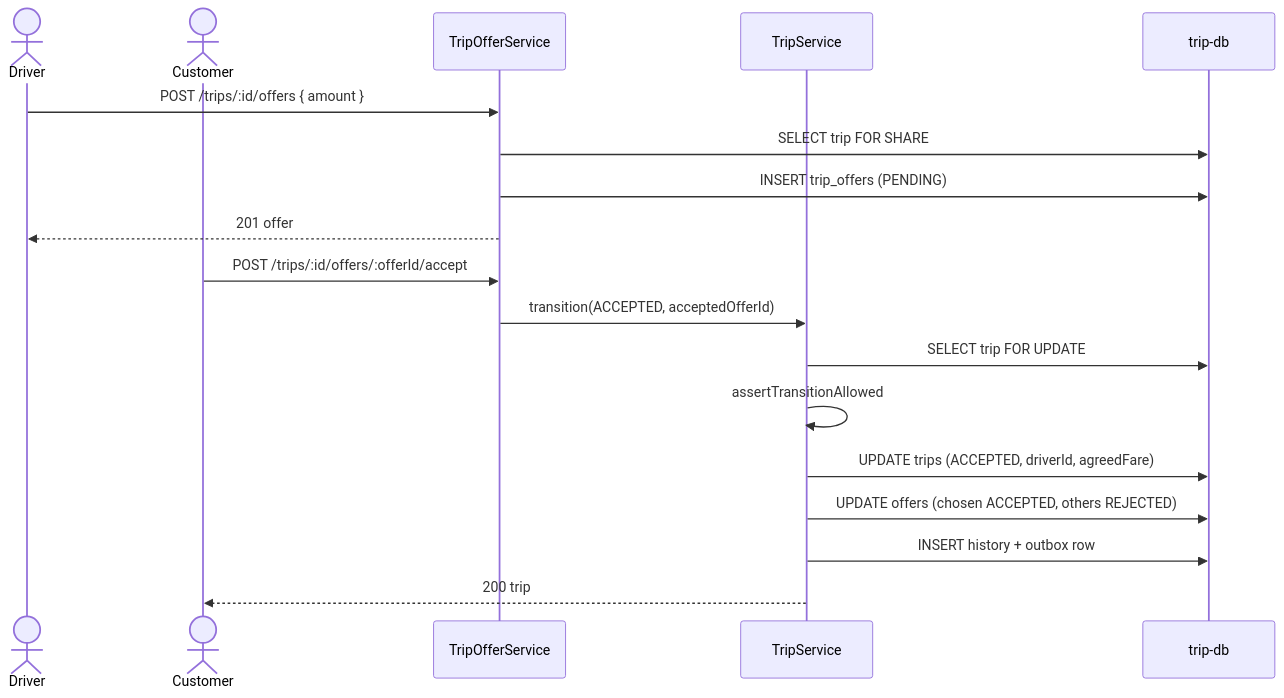
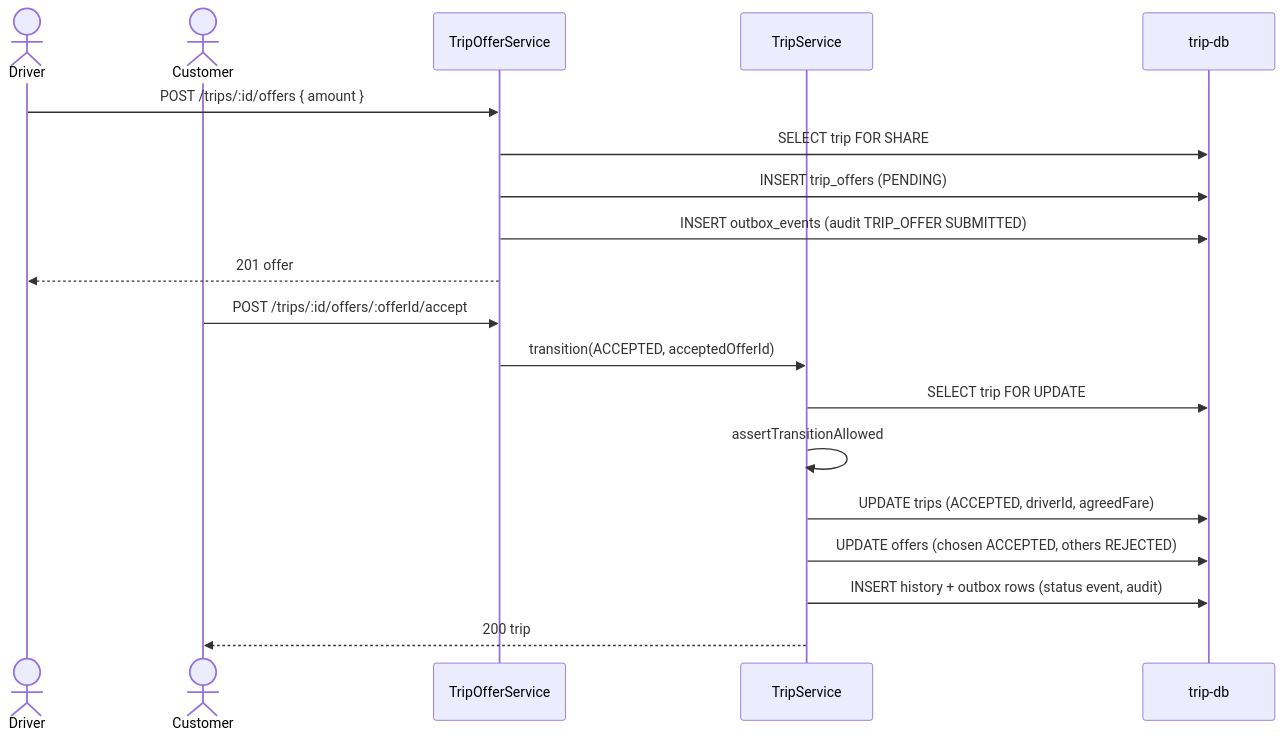
The sixth of 9 diagrams in docs/services/trip-service.md (Mohammed-Taysser/masr3), drawn with Mermaid before and after one commit. The commit also changed other lines of this file and 114 other files, not shown here.

````diff
--- a/docs/services/trip-service.md
+++ b/docs/services/trip-service.md
@@ -162,20 +165,21 @@
 ```mermaid
 sequenceDiagram
   actor D as Driver
   actor C as Customer
   participant O as TripOfferService
   participant S as TripService
   participant DB as trip-db
   D->>O: POST /trips/:id/offers { amount }
   O->>DB: SELECT trip FOR SHARE
   O->>DB: INSERT trip_offers (PENDING)
+  O->>DB: INSERT outbox_events (audit TRIP_OFFER SUBMITTED)
   O-->>D: 201 offer
   C->>O: POST /trips/:id/offers/:offerId/accept
   O->>S: transition(ACCEPTED, acceptedOfferId)
   S->>DB: SELECT trip FOR UPDATE
   S->>S: assertTransitionAllowed
   S->>DB: UPDATE trips (ACCEPTED, driverId, agreedFare)
   S->>DB: UPDATE offers (chosen ACCEPTED, others REJECTED)
-  S->>DB: INSERT history + outbox row
+  S->>DB: INSERT history + outbox rows (status event, audit)
   S-->>C: 200 trip
 ```
````
